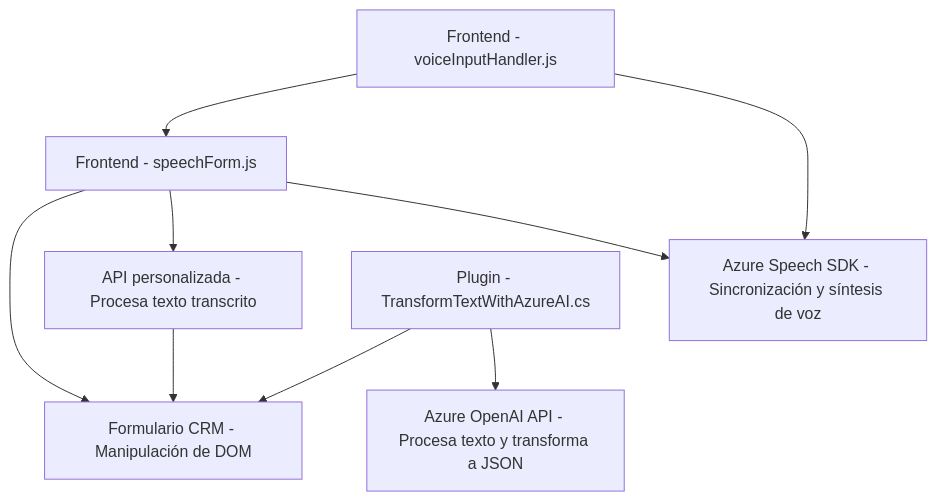
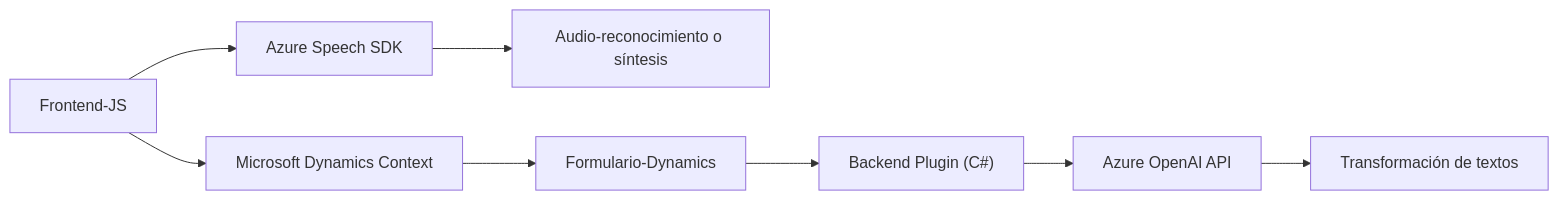
One commit to blopezdm/NETCORE_BILBAO2025 changed the diagram in README.md. Above: the diagram before and after it, drawn with Mermaid. The commit also changed other lines of this file, not shown here.

````diff
--- a/README.md
+++ b/README.md
@@ -36,12 +60,10 @@
 ```mermaid
-graph TD
-  A["Frontend - voiceInputHandler.js"] --> B["Azure Speech SDK - Sincronización y síntesis de voz"]
-  A --> C["Frontend - speechForm.js"]
-  C --> B
-  C --> D["API personalizada - Procesa texto transcrito"]
-  C --> G["Formulario CRM - Manipulación de DOM"]
-
-  E["Plugin - TransformTextWithAzureAI.cs"] --> F["Azure OpenAI API - Procesa texto y transforma a JSON"]
-  E --> G
-  D --> G
+graph LR
+  A["Frontend-JS"] --> B["Azure Speech SDK"]
+  A --> C["Microsoft Dynamics Context"]
+  B --> D["Audio-reconocimiento o síntesis"]
+  C --> E["Formulario-Dynamics"]
+  E --> F["Backend Plugin (C#)"]
+  F --> G["Azure OpenAI API"]
+  G --> H["Transformación de textos"]
 ```
````
